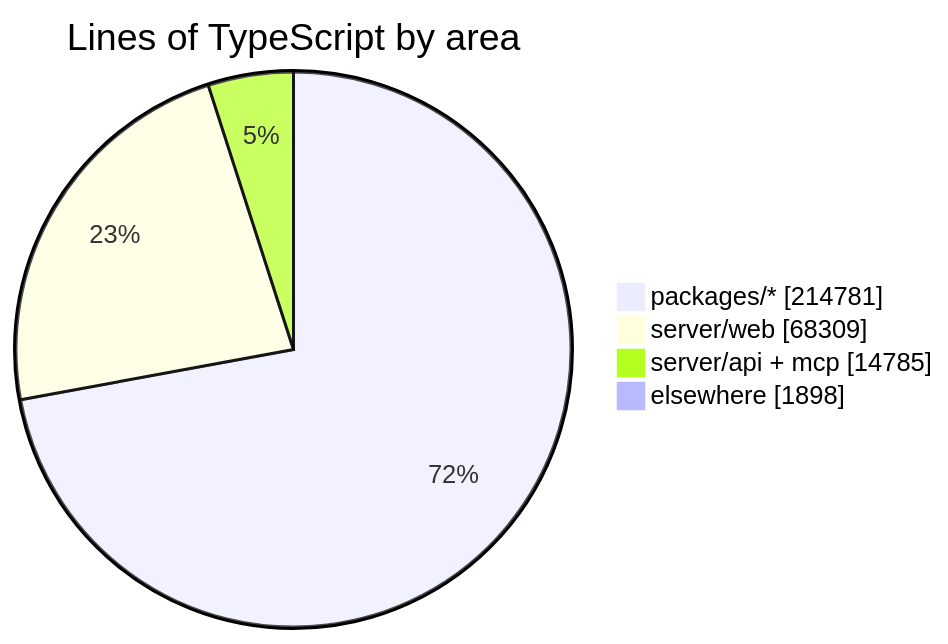
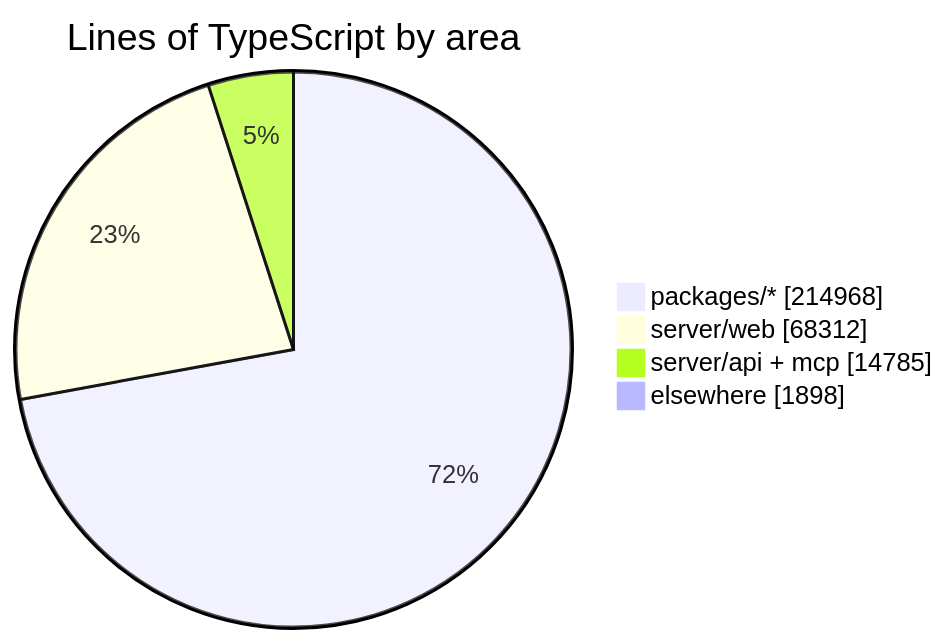
One commit to crossworks-engineering/mantle changed the diagram in README.md. Above: the diagram before and after it, drawn with Mermaid. The commit also changed other lines of this file and 2 other files, not shown here.

````diff
--- a/README.md
+++ b/README.md
@@ -287,7 +287,7 @@
 ```mermaid
 pie showData title Lines of TypeScript by area
-    "packages/*" : 214781
-    "server/web" : 68309
+    "packages/*" : 214968
+    "server/web" : 68312
     "server/api + mcp" : 14785
     "elsewhere" : 1898
 ```
````
